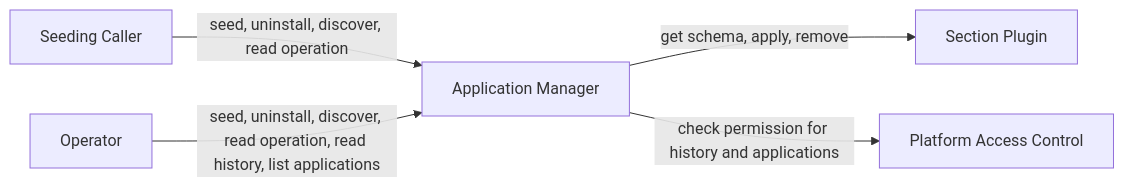
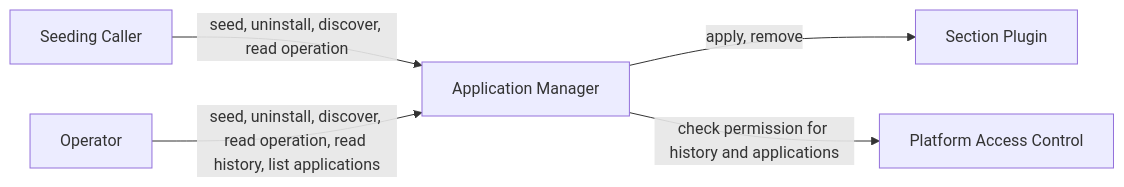
One commit to constructorfabric/gears-rust changed the diagram in gears/system/application-manager/docs/PRD.md. Above: the diagram before and after it, drawn with Mermaid. The commit also changed other lines of this file and 6 other files, not shown here.

Commit message:
Compile schema at startup

````diff
--- a/gears/system/application-manager/docs/PRD.md
+++ b/gears/system/application-manager/docs/PRD.md
@@ -173,7 +173,7 @@
 ```mermaid
 flowchart LR
     SC["Seeding Caller"] -->|"seed, uninstall, discover, read operation"| AM["Application Manager"]
     OP["Operator"] -->|"seed, uninstall, discover, read operation, read history, list applications"| AM
-    AM -->|"get schema, apply, remove"| SP["Section Plugin"]
+    AM -->|"apply, remove"| SP["Section Plugin"]
     AM -->|"check permission for history and applications"| PAC["Platform Access Control"]
 ```
````
